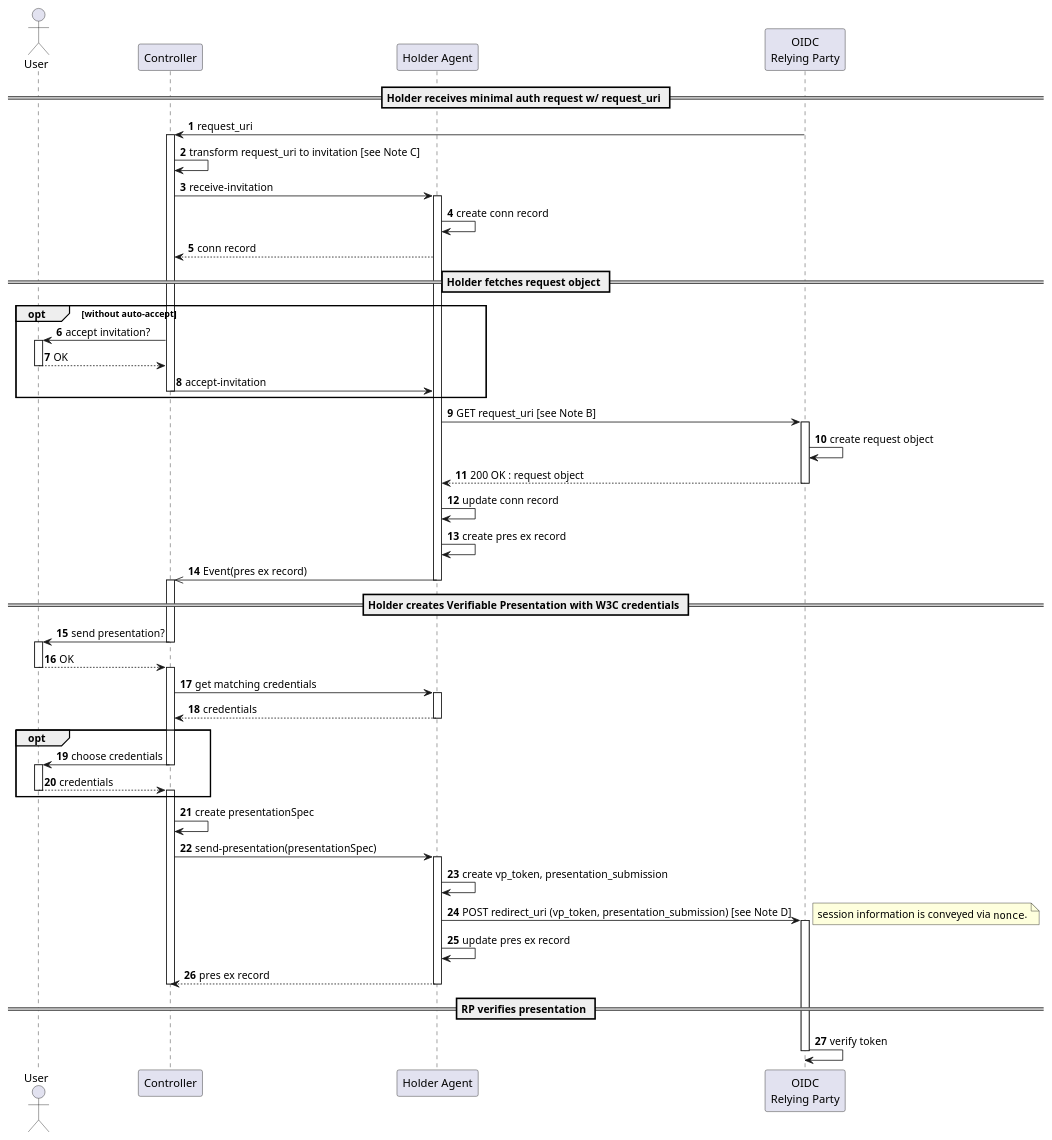
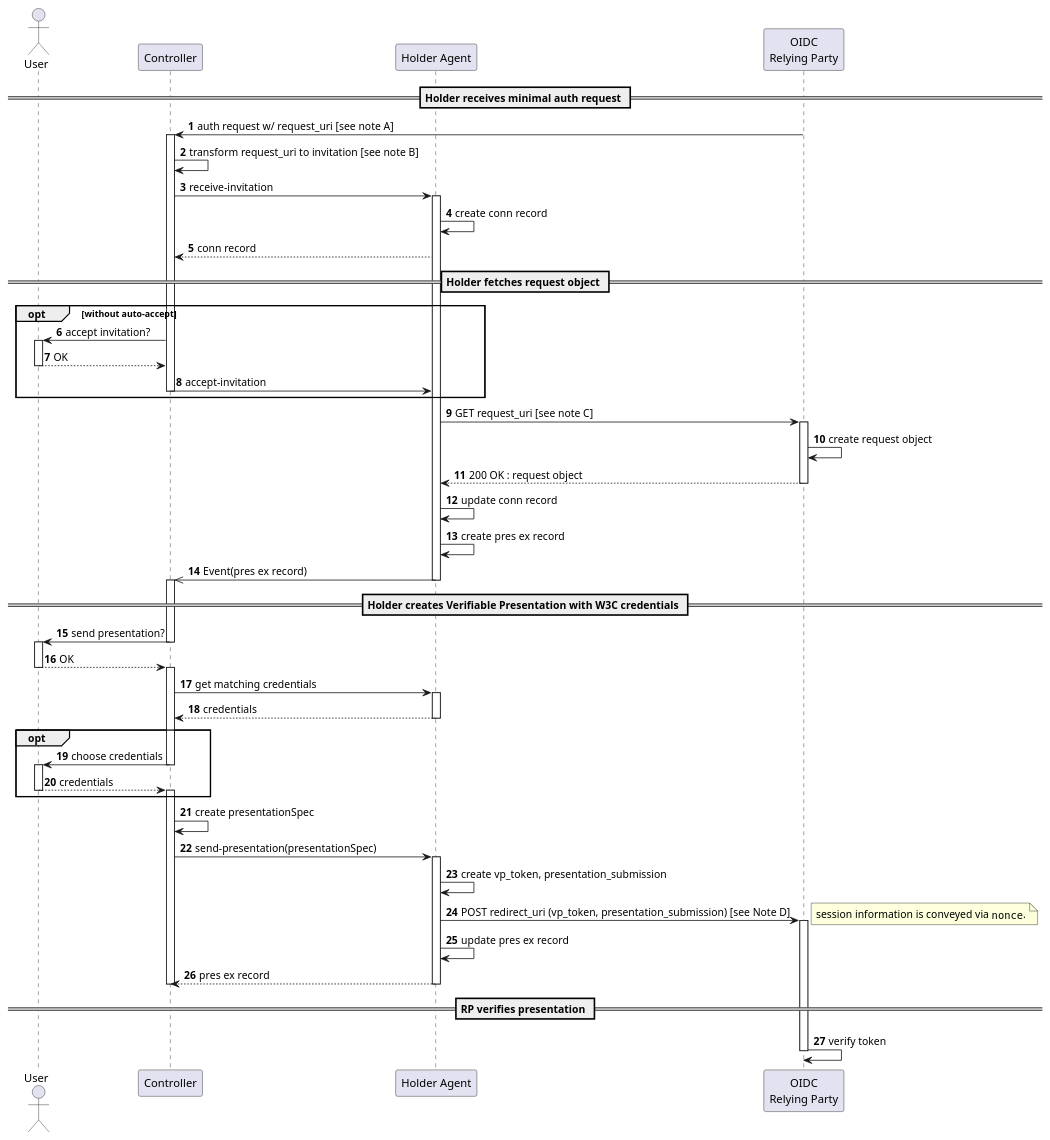
One commit to gematik/poc-fue-presentationExchangeOverHttp changed the diagram in OIDC4VP_short.adoc. Above: the diagram before and after it, drawn with PlantUML. The commit also changed other lines of this file, not shown here.

```diff
--- a/OIDC4VP_short.adoc
+++ b/OIDC4VP_short.adoc
@@ -12,11 +14,11 @@
 participant "OIDC\nRelying Party" as RP
 
 
-== Holder receives minimal auth request w/ request_uri ==
+== Holder receives minimal auth request ==
 
-RP -> Controller : request_uri
+RP -> Controller : auth request w/ request_uri [see note A]
 activate Controller
-Controller -> Controller : transform request_uri to invitation [see Note C]
+Controller -> Controller : transform request_uri to invitation [see note B]
 
 Controller -> HolderAgent : receive-invitation
 activate HolderAgent
@@ -34,7 +36,7 @@
     deactivate Controller
 end
 
-HolderAgent -> RP : GET request_uri [see Note B]
+HolderAgent -> RP : GET request_uri [see note C]
 activate RP
 RP -> RP : create request object
 
```
